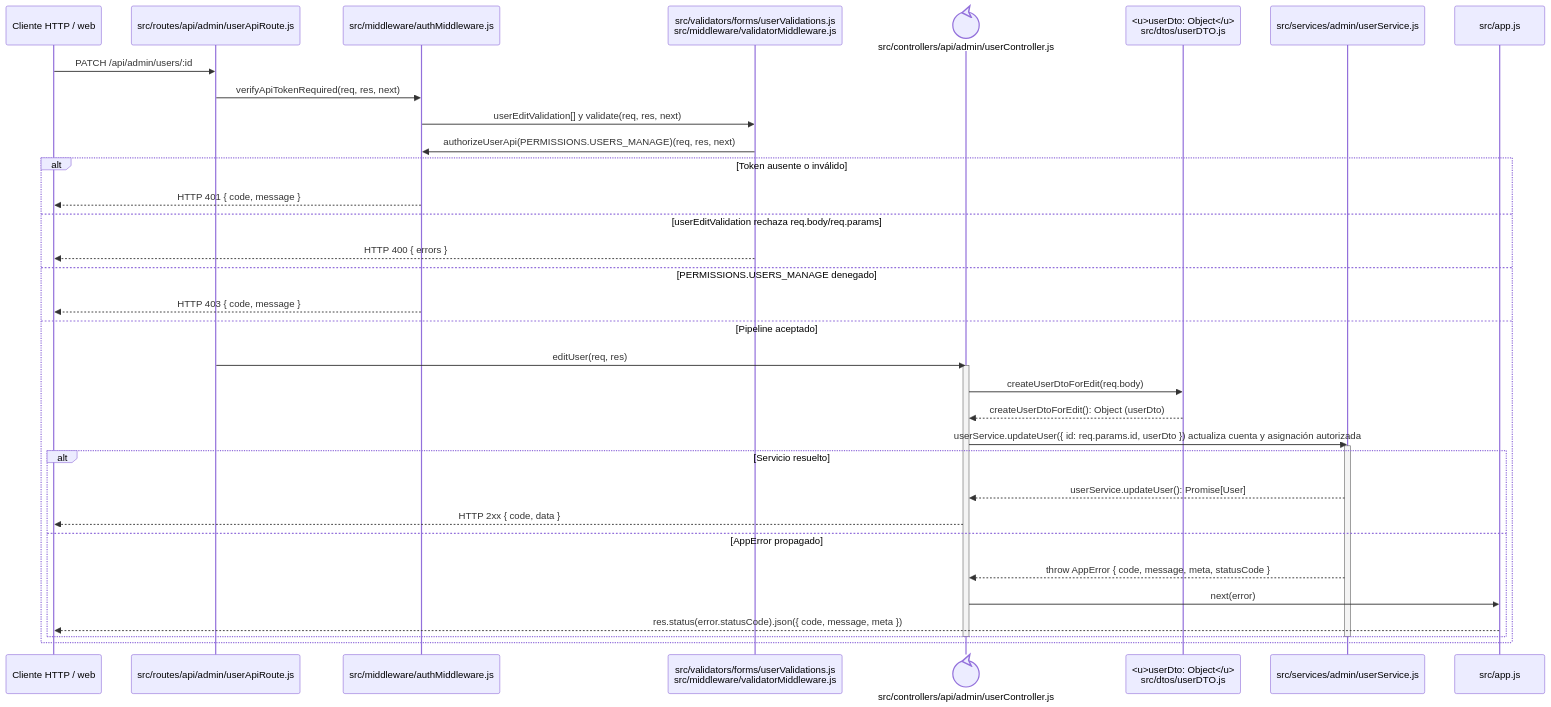
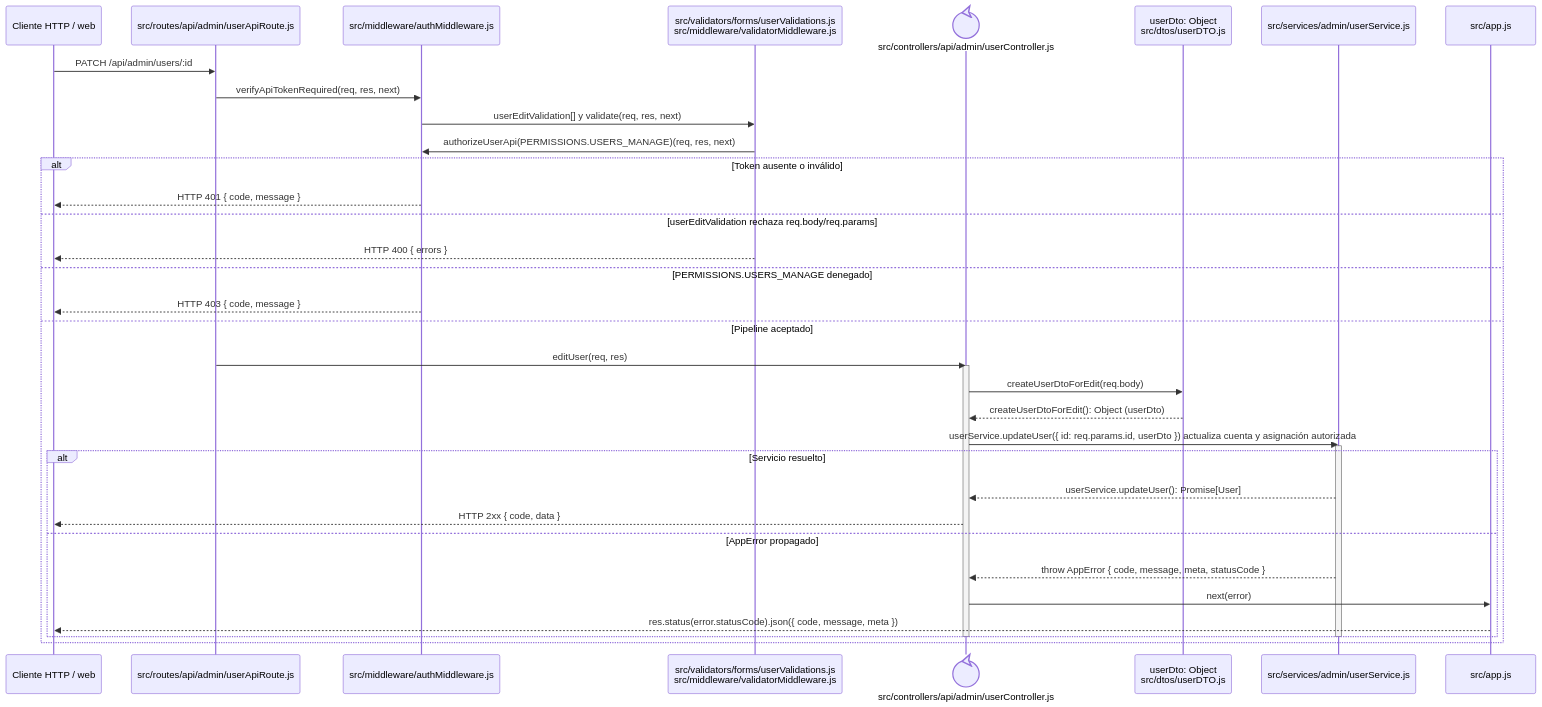
The diagram in docs/architecture/backend-code-sequences/identity-access/cu-ida-07.md (gpgsistemas01/nexus), drawn with Mermaid before and after one commit. The commit also changed 38 other files, not shown here.

````diff
--- a/docs/architecture/backend-code-sequences/identity-access/cu-ida-07.md
+++ b/docs/architecture/backend-code-sequences/identity-access/cu-ida-07.md
@@ -6,40 +6,40 @@
 ```mermaid
 sequenceDiagram
     participant Client as Cliente HTTP / web
     participant Route as src/routes/api/admin/userApiRoute.js
     participant Auth as src/middleware/authMiddleware.js
     participant Validator as src/validators/forms/userValidations.js<br/>src/middleware/validatorMiddleware.js
     participant Controller@{ "type": "control" } as src/controllers/api/admin/userController.js
-    participant UserDto as <u>userDto: Object</u><br/>src/dtos/userDTO.js
+    participant UserDto as userDto: Object<br/>src/dtos/userDTO.js
     participant Domain as src/services/admin/userService.js
     participant ErrorHandler as src/app.js
 
     Client->>Route: PATCH /api/admin/users/:id
     Route->>Auth: verifyApiTokenRequired(req, res, next)
     Auth->>Validator: userEditValidation[] y validate(req, res, next)
     Validator->>Auth: authorizeUserApi(PERMISSIONS.USERS_MANAGE)(req, res, next)
     alt Token ausente o inválido
         Auth-->>Client: HTTP 401 { code, message }
     else userEditValidation rechaza req.body/req.params
         Validator-->>Client: HTTP 400 { errors }
     else PERMISSIONS.USERS_MANAGE denegado
         Auth-->>Client: HTTP 403 { code, message }
     else Pipeline aceptado
         Route->>Controller: editUser(req, res)
         activate Controller
         Controller->>UserDto: createUserDtoForEdit(req.body)
         UserDto-->>Controller: createUserDtoForEdit(): Object (userDto)
         Controller->>Domain: userService.updateUser({ id: req.params.id, userDto }) actualiza cuenta y asignación autorizada
         activate Domain
         alt Servicio resuelto
             Domain-->>Controller: userService.updateUser(): Promise[User]
             Controller-->>Client: HTTP 2xx { code, data }
         else AppError propagado
             Domain-->>Controller: throw AppError { code, message, meta, statusCode }
             Controller->>ErrorHandler: next(error)
             ErrorHandler-->>Client: res.status(error.statusCode).json({ code, message, meta })
         end
         deactivate Domain
         deactivate Controller
     end
 ```
````
